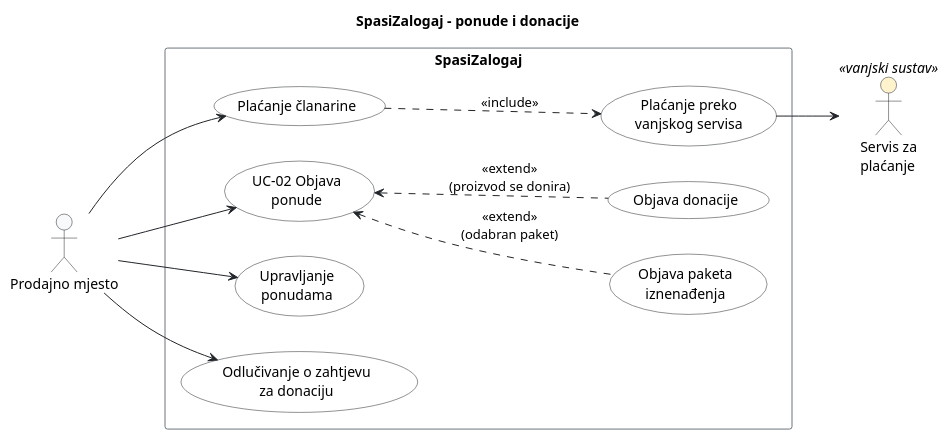
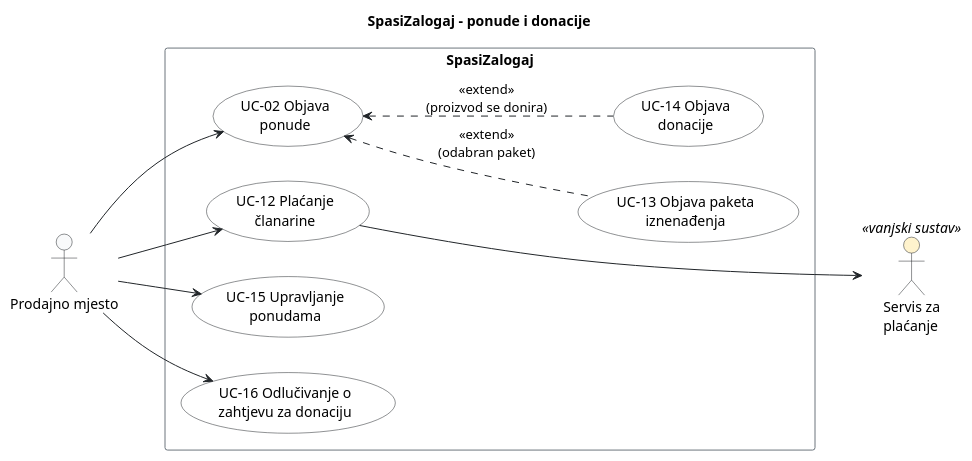
The diagram in docs/puml/3-3-spasizalogaj-offers-donations-UC.puml (frenki1004/Menzory), drawn with PlantUML before and after one commit. The commit also changed other lines of this file and 7 other files, not shown here.

```diff
--- a/docs/puml/3-3-spasizalogaj-offers-donations-UC.puml
+++ b/docs/puml/3-3-spasizalogaj-offers-donations-UC.puml
@@ -16,55 +16,53 @@
 @startuml
 title SpasiZalogaj – ponude i donacije
 left to right direction
 
 skinparam shadowing false
 skinparam defaultFontName Arial
 skinparam ArrowColor #212529
 
 skinparam actor {
     BackgroundColor #F8F9FA
     BorderColor #212529
     BackgroundColor<<vanjski sustav>> #FFF3CD
 }
 skinparam usecase {
     BackgroundColor #FFFFFF
     BorderColor #212529
 }
 skinparam rectangle {
     BorderColor #6C757D
 }
 
 actor "Prodajno mjesto" as Prodavac
 
 rectangle "SpasiZalogaj" {
-    usecase "Plaćanje članarine" as UCClan
-    usecase "Plaćanje preko\nvanjskog servisa" as UCPlati
-
     usecase "UC-02 Objava\nponude" as UC02
-    usecase "Objava paketa\niznenađenja" as UCPaket
-    usecase "Objava donacije" as UCDonacija
-
-    usecase "Upravljanje\nponudama" as UCUpravljanje
-
-    usecase "Odlučivanje o zahtjevu\nza donaciju" as UCOdluka
+    usecase "UC-13 Objava paketa\niznenađenja" as UC13
+    usecase "UC-14 Objava\ndonacije" as UC14
+    usecase "UC-12 Plaćanje\nčlanarine" as UC12
+    usecase "UC-15 Upravljanje\nponudama" as UC15
+    usecase "UC-16 Odlučivanje o\nzahtjevu za donaciju" as UC16
 }
 
 actor "Servis za\nplaćanje" as Placanje <<vanjski sustav>>
 
+' Objava ponude i njezina proširenja
+Prodavac --> UC02
+UC02 <.. UC13 : <<extend>>\n(odabran paket)
+UC02 <.. UC14 : <<extend>>\n(proizvod se donira)
+
 ' Članarina
-Prodavac --> UCClan
-UCClan ..> UCPlati : <<include>>
-UCPlati --> Placanje
-
-' Objava ponude i njezine varijante
-Prodavac --> UC02
-UC02 <.. UCPaket : <<extend>>\n(odabran paket)
-UC02 <.. UCDonacija : <<extend>>\n(proizvod se donira)
+Prodavac --> UC12
+UC12 --> Placanje
 
 ' Uređivanje i povlačenje objavljenih ponuda
-Prodavac --> UCUpravljanje
+Prodavac --> UC15
 
-' Prodajno mjesto reagira na zahtjev za doniranu ponudu
-Prodavac --> UCOdluka
+' Prodajno mjesto reagira na zahtjev humanitarne organizacije
+Prodavac --> UC16
+
+' Poravnanje (skrivena veza samo određuje raspored): servis za plaćanje desno
+UC14 -[hidden]-> Placanje
 
 @enduml
```
